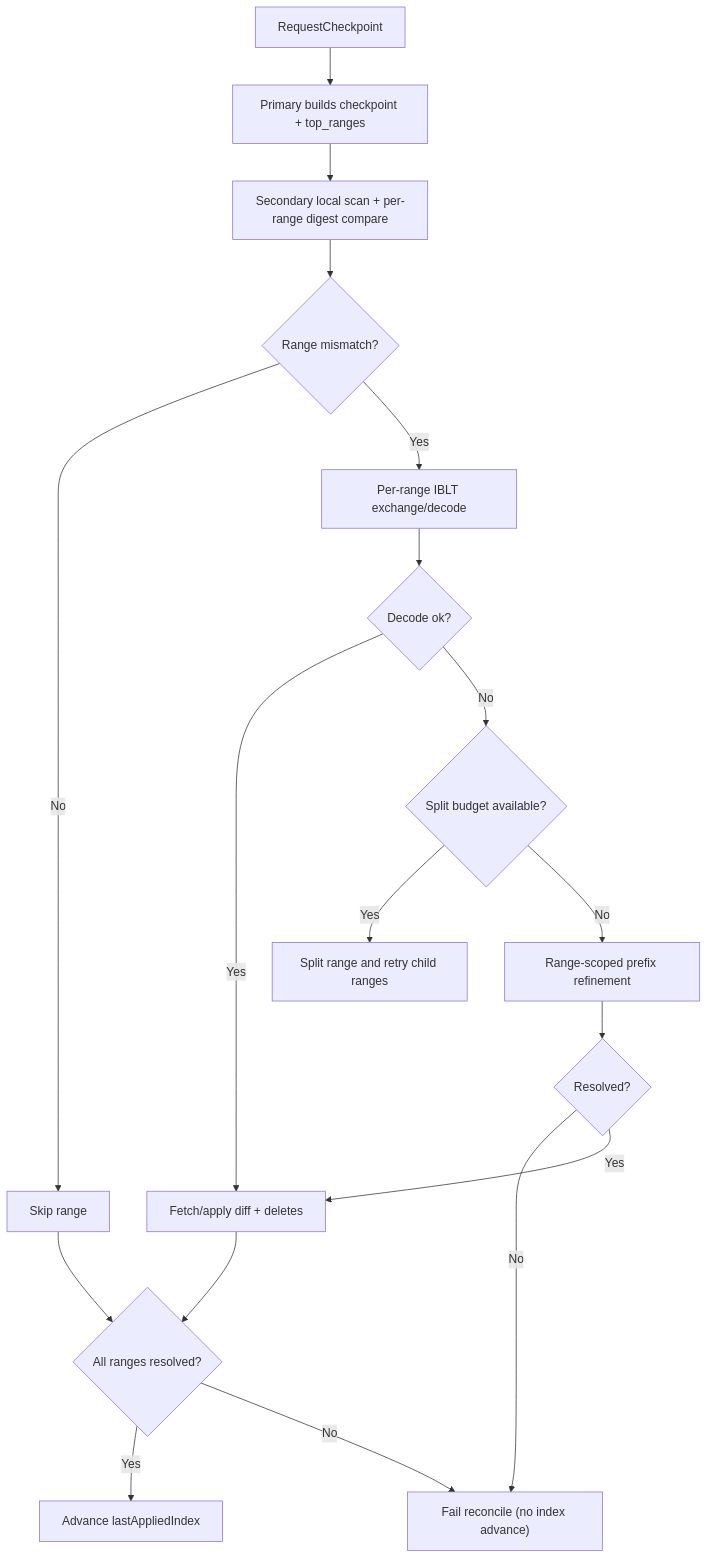
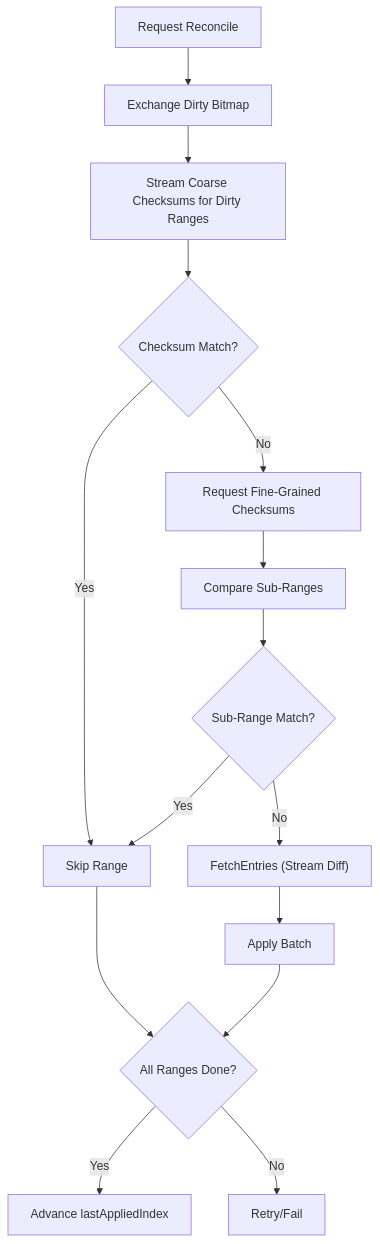
The second of 2 diagrams in RFC_DR_Replication.md (adfinis/openbao), drawn with Mermaid before and after one commit. The commit also changed other lines of this file, not shown here.

First line of the commit message:
docs(dr): update RFC with ordered hash streams and flow control

````diff
--- a/RFC_DR_Replication.md
+++ b/RFC_DR_Replication.md
@@ -264,20 +305,17 @@
 ```mermaid
 flowchart TD
-    A["RequestCheckpoint"] --> B["Primary builds checkpoint + top_ranges"]
-    B --> C["Secondary local scan + per-range digest compare"]
-    C --> D{"Range mismatch?"}
-    D -- "No" --> E["Skip range"]
-    D -- "Yes" --> F["Per-range IBLT exchange/decode"]
-    F --> G{"Decode ok?"}
-    G -- "Yes" --> H["Fetch/apply diff + deletes"]
-    G -- "No" --> I{"Split budget available?"}
-    I -- "Yes" --> J["Split range and retry child ranges"]
-    I -- "No" --> K["Range-scoped prefix refinement"]
-    K --> L{"Resolved?"}
-    L -- "No" --> M["Fail reconcile (no index advance)"]
-    L -- "Yes" --> H
-    H --> N{"All ranges resolved?"}
-    E --> N
-    N -- "Yes" --> O["Advance lastAppliedIndex"]
-    N -- "No" --> M
+    A["Request Reconcile"] --> B["Exchange Dirty Bitmap"]
+    B --> C["Stream Coarse Checksums for Dirty Ranges"]
+    C --> D{"Checksum Match?"}
+    D -- "Yes" --> E["Skip Range"]
+    D -- "No" --> F["Request Fine-Grained Checksums"]
+    F --> G["Compare Sub-Ranges"]
+    G --> H{"Sub-Range Match?"}
+    H -- "Yes" --> E
+    H -- "No" --> I["FetchEntries (Stream Diff)"]
+    I --> J["Apply Batch"]
+    J --> K{"All Ranges Done?"}
+    E --> K
+    K -- "Yes" --> L["Advance lastAppliedIndex"]
+    K -- "No" --> M["Retry/Fail"]
 ```
````
